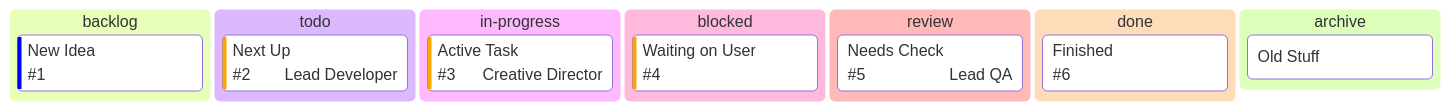
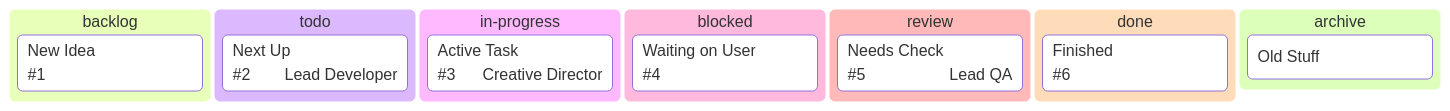
One commit to LoFi-Monk/lofipulse changed the first of 2 diagrams in .agent/skills/project-management/SKILL.md. Above: the diagram before and after it, drawn with Mermaid. The commit also changed other lines of this file and 15 other files, not shown here.

````diff
--- a/.agent/skills/project-management/SKILL.md
+++ b/.agent/skills/project-management/SKILL.md
@@ -66,17 +66,17 @@
   ```mermaid
   kanban
     backlog
-      [New Idea]@{ ticket: '#1', priority: 'Low' }
+      [New Idea]@{ ticket: '#1', priority: 'P2' }
     todo
-      [Next Up]@{ ticket: '#2', assigned: 'Lead Developer', priority: 'High' }
+      [Next Up]@{ ticket: '#2', assigned: 'Lead Developer', priority: 'P1' }
     in-progress
-      [Active Task]@{ ticket: '#3', assigned: 'Creative Director', priority: 'High' }
+      [Active Task]@{ ticket: '#3', assigned: 'Creative Director', priority: 'P1' }
     blocked
-      [Waiting on User]@{ ticket: '#4', priority: 'High' }
+      [Waiting on User]@{ ticket: '#4', priority: 'P1' }
     review
       [Needs Check]@{ ticket: '#5', assigned: 'Lead QA' }
     done
       [Finished]@{ ticket: '#6' }
     archive
       [Old Stuff]
   ```
````
